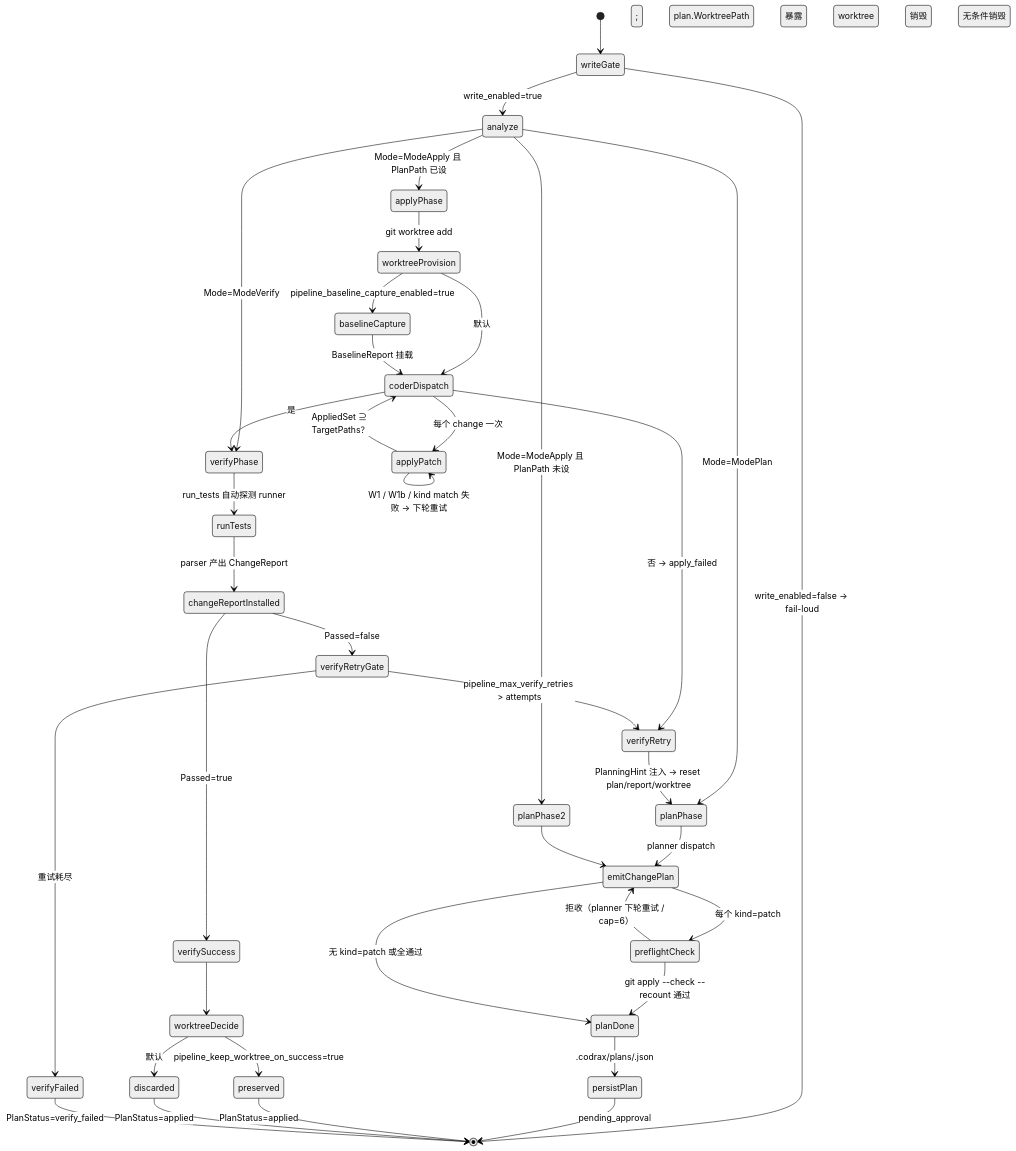
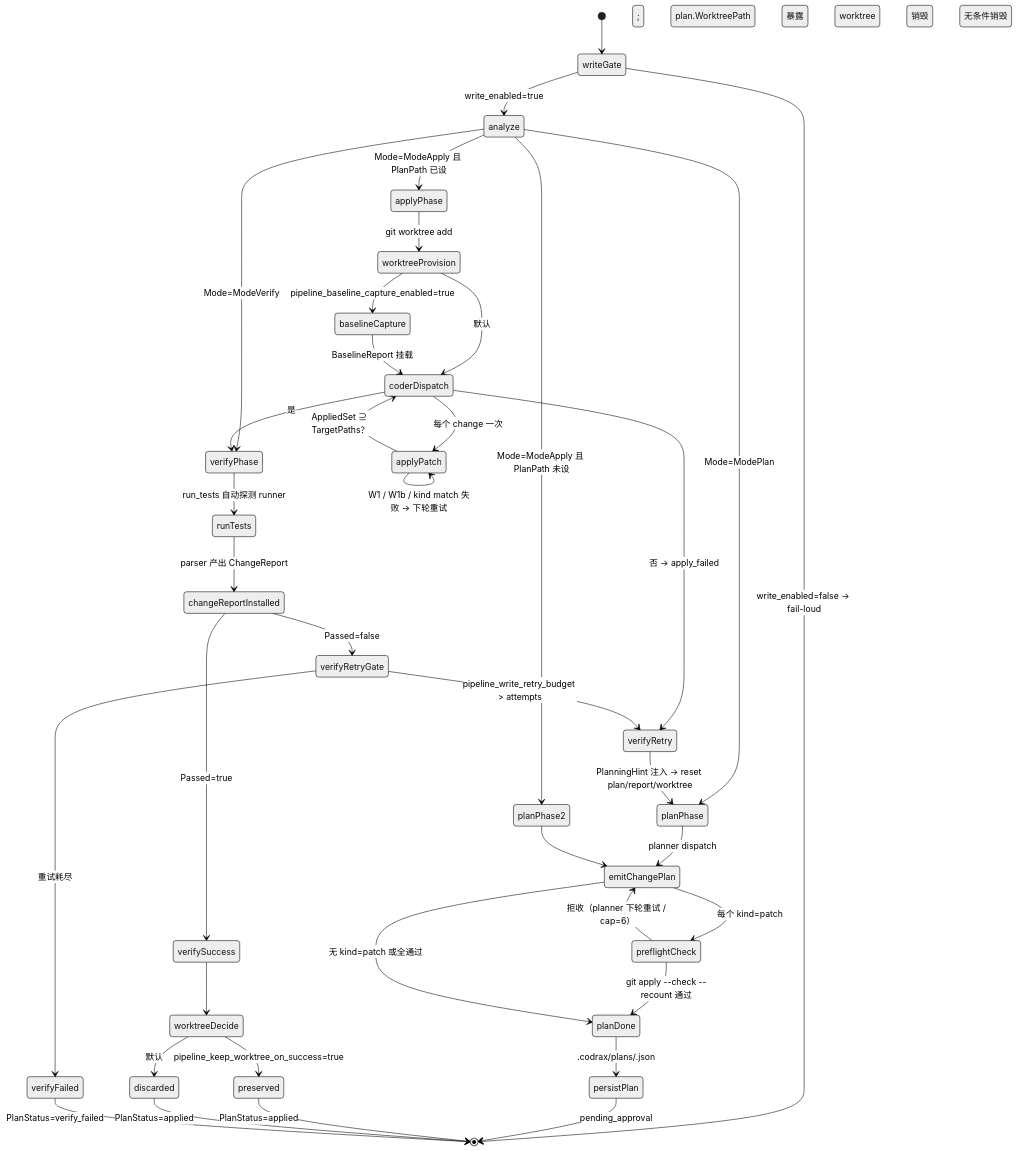
One commit to hanchaoqun/codrax changed the third of 6 diagrams in docs/architecture.md. Above: the diagram before and after it, drawn with Mermaid (neutral theme). The commit also changed other lines of this file and 37 other files, not shown here.

````diff
--- a/docs/architecture.md
+++ b/docs/architecture.md
@@ -217,47 +217,47 @@
 ```mermaid
 stateDiagram-v2
     [*] --> writeGate
     writeGate --> [*] : write_enabled=false → fail-loud
     writeGate --> analyze : write_enabled=true
 
     analyze --> planPhase : Mode=ModePlan
     analyze --> applyPhase : Mode=ModeApply 且 PlanPath 已设
     analyze --> planPhase2 : Mode=ModeApply 且 PlanPath 未设
     analyze --> verifyPhase : Mode=ModeVerify
 
     planPhase --> emitChangePlan : planner dispatch
     emitChangePlan --> preflightCheck : 每个 kind=patch
     preflightCheck --> emitChangePlan : 拒收（planner 下轮重试 / cap=6）
     preflightCheck --> planDone : git apply --check --recount 通过
     emitChangePlan --> planDone : 无 kind=patch 或全通过
     planDone --> persistPlan : .codrax/plans/<id>.json
     persistPlan --> [*] : pending_approval
 
     planPhase2 --> emitChangePlan
     applyPhase --> worktreeProvision : git worktree add
     worktreeProvision --> baselineCapture : pipeline_baseline_capture_enabled=true
     worktreeProvision --> coderDispatch : 默认
     baselineCapture --> coderDispatch : BaselineReport 挂载
     coderDispatch --> applyPatch : 每个 change 一次
     applyPatch --> applyPatch : W1 / W1b / kind match 失败 → 下轮重试
     applyPatch --> coderDispatch : AppliedSet ⊇ TargetPaths？
     coderDispatch --> verifyPhase : 是
     coderDispatch --> verifyRetry : 否 → apply_failed
 
     verifyPhase --> runTests : run_tests 自动探测 runner
     runTests --> changeReportInstalled : parser 产出 ChangeReport
     changeReportInstalled --> verifySuccess : Passed=true
     changeReportInstalled --> verifyRetryGate : Passed=false
 
-    verifyRetryGate --> verifyRetry : pipeline_max_verify_retries > attempts
+    verifyRetryGate --> verifyRetry : pipeline_write_retry_budget > attempts
     verifyRetryGate --> verifyFailed : 重试耗尽
     verifyRetry --> planPhase : PlanningHint 注入 → reset plan/report/worktree
 
     verifySuccess --> worktreeDecide
     worktreeDecide --> preserved : pipeline_keep_worktree_on_success=true
     worktreeDecide --> discarded : 默认
     preserved --> [*] : PlanStatus=applied; plan.WorktreePath 暴露
     discarded --> [*] : PlanStatus=applied; worktree 销毁
 
     verifyFailed --> [*] : PlanStatus=verify_failed; worktree 无条件销毁
 ```
````
